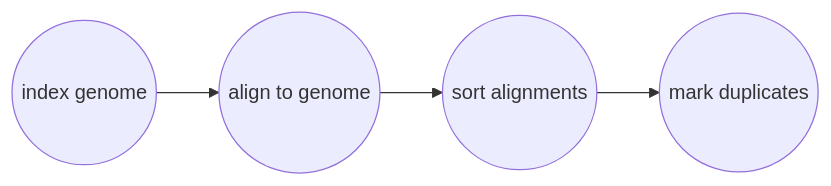
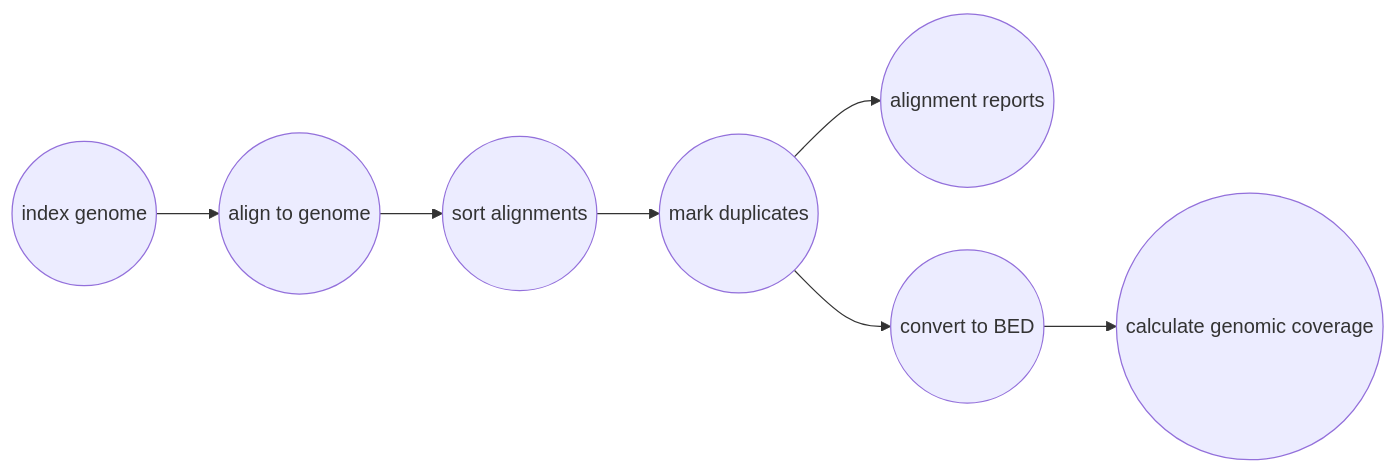
One commit to pdimens/harpy changed the second of 2 diagrams in docs/readmapping.md. Above: the diagram before and after it, drawn with Mermaid. The commit also changed other lines of this file and 2 other files, not shown here.

````diff
--- a/docs/readmapping.md
+++ b/docs/readmapping.md
@@ -61,6 +66,9 @@
 ```mermaid
 graph LR
     A((index genome)) --> B((align to genome))
     B-->C((sort alignments))
     C-->D((mark duplicates))
+    D-->E((alignment reports))
+    D-->F((convert to BED))
+    F-->G((calculate genomic coverage))
 ```
````
